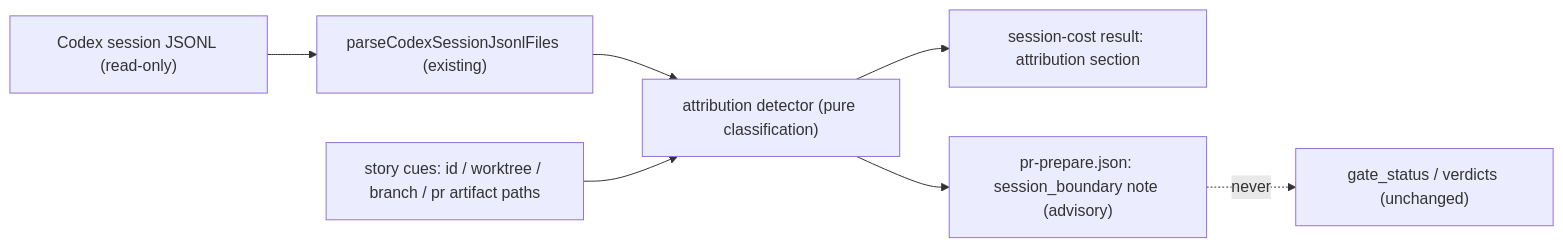
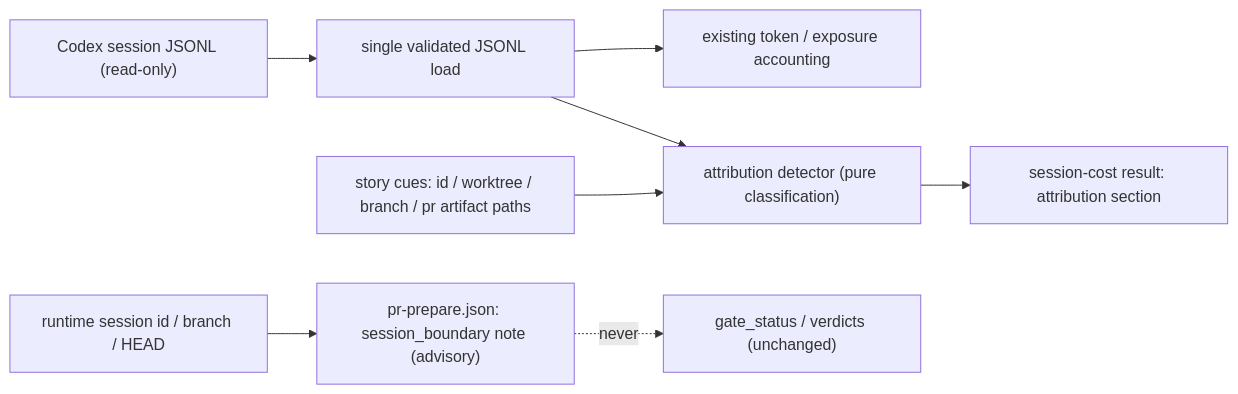
One commit to Unson-LLC/vibepro changed the diagram in docs/architecture/vibepro-session-attribution-boundary-guard.md. Above: the diagram before and after it, drawn with Mermaid. The commit also changed other lines of this file and 7 other files, not shown here.

Commit message:
feat(audit): guard session attribution boundaries

````diff
--- a/docs/architecture/vibepro-session-attribution-boundary-guard.md
+++ b/docs/architecture/vibepro-session-attribution-boundary-guard.md
@@ -74,9 +80,10 @@
 ```mermaid
 flowchart LR
-  JSONL["Codex session JSONL (read-only)"] --> Parse["parseCodexSessionJsonlFiles (existing)"]
-  Parse --> Detect["attribution detector (pure classification)"]
+  JSONL["Codex session JSONL (read-only)"] --> Load["single validated JSONL load"]
+  Load --> Parse["existing token / exposure accounting"]
+  Load --> Detect["attribution detector (pure classification)"]
   Cues["story cues: id / worktree / branch / pr artifact paths"] --> Detect
   Detect --> Cost["session-cost result: attribution section"]
-  Detect --> Prep["pr-prepare.json: session_boundary note (advisory)"]
+  Runtime["runtime session id / branch / HEAD"] --> Prep["pr-prepare.json: session_boundary note (advisory)"]
   Prep -.->|never| Gates["gate_status / verdicts (unchanged)"]
 ```
````
